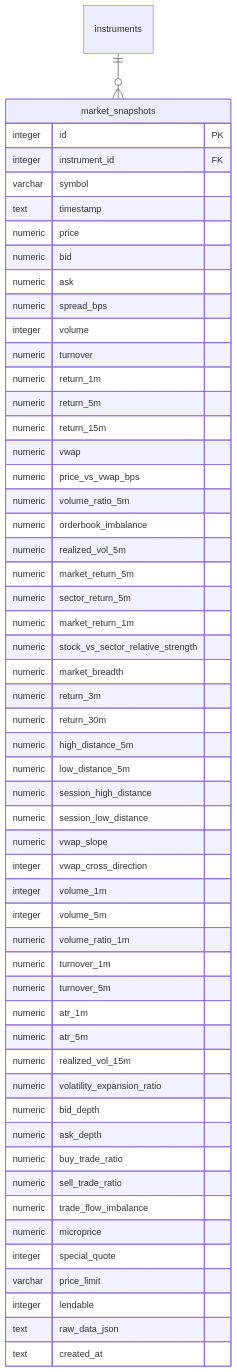
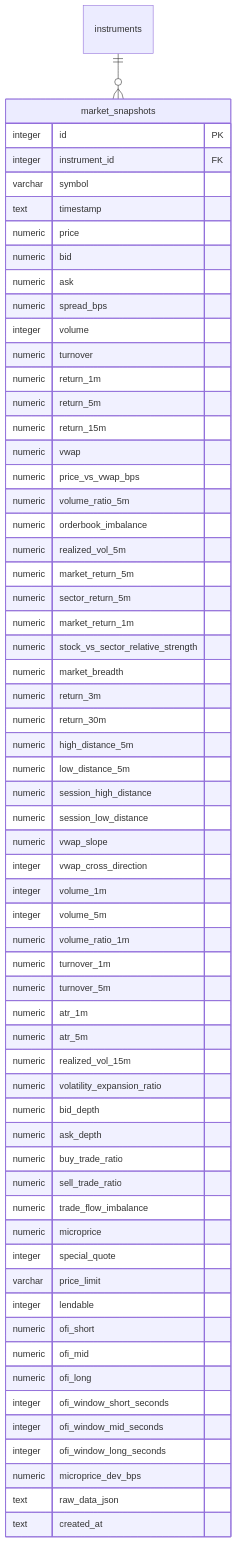
The second of 4 diagrams in docs/architecture/er/tables-market.md (ousiassllc/pitha-trador), drawn with Mermaid before and after one commit. The commit also changed other lines of this file and 38 other files, not shown here.

````diff
--- a/docs/architecture/er/tables-market.md
+++ b/docs/architecture/er/tables-market.md
@@ -44,57 +44,64 @@
 ```mermaid
 erDiagram
     instruments ||--o{ market_snapshots : ""
     market_snapshots {
         integer id PK
         integer instrument_id FK
         varchar symbol
         text timestamp
         numeric price
         numeric bid
         numeric ask
         numeric spread_bps
         integer volume
         numeric turnover
         numeric return_1m
         numeric return_5m
         numeric return_15m
         numeric vwap
         numeric price_vs_vwap_bps
         numeric volume_ratio_5m
         numeric orderbook_imbalance
         numeric realized_vol_5m
         numeric market_return_5m
         numeric sector_return_5m
         numeric market_return_1m
         numeric stock_vs_sector_relative_strength
         numeric market_breadth
         numeric return_3m
         numeric return_30m
         numeric high_distance_5m
         numeric low_distance_5m
         numeric session_high_distance
         numeric session_low_distance
         numeric vwap_slope
         integer vwap_cross_direction
         integer volume_1m
         integer volume_5m
         numeric volume_ratio_1m
         numeric turnover_1m
         numeric turnover_5m
         numeric atr_1m
         numeric atr_5m
         numeric realized_vol_15m
         numeric volatility_expansion_ratio
         numeric bid_depth
         numeric ask_depth
         numeric buy_trade_ratio
         numeric sell_trade_ratio
         numeric trade_flow_imbalance
         numeric microprice
         integer special_quote
         varchar price_limit
         integer lendable
+        numeric ofi_short
+        numeric ofi_mid
+        numeric ofi_long
+        integer ofi_window_short_seconds
+        integer ofi_window_mid_seconds
+        integer ofi_window_long_seconds
+        numeric microprice_dev_bps
         text raw_data_json
         text created_at
     }
 ```
````
